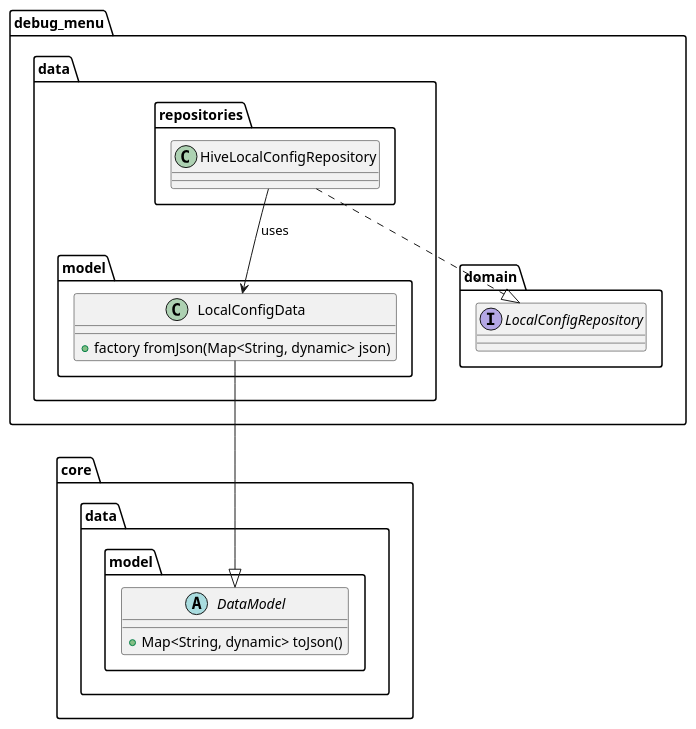
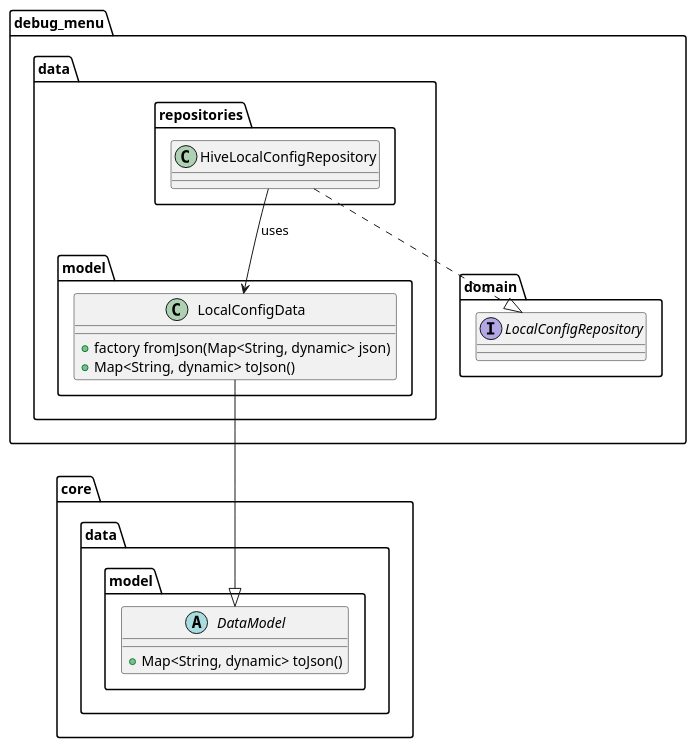
Before and after one commit to Flank/flank-dashboard: the diagram in metrics/web/docs/features/debug_menu/diagrams/debug_menu_data_layer_class_diagram.puml, drawn with PlantUML. The commit also changed 1 other file, not shown here.

```diff
--- a/metrics/web/docs/features/debug_menu/diagrams/debug_menu_data_layer_class_diagram.puml
+++ b/metrics/web/docs/features/debug_menu/diagrams/debug_menu_data_layer_class_diagram.puml
@@ -1,32 +1,33 @@
 @startuml debug_menu_data_layer_class_diagram
 
 package debug_menu {
         package data {
             package repositories {
                 class HiveLocalConfigRepository {}
             }
 
             package model {
                 class LocalConfigData {
                     + factory fromJson(Map<String, dynamic> json)
+                    + Map<String, dynamic> toJson()
                 }
             }
         }
 
         package domain {
             interface LocalConfigRepository {}
         }
 }
 
 package core.data.model {
     abstract class DataModel {
         + Map<String, dynamic> toJson()
     }
 }
 
 HiveLocalConfigRepository --> LocalConfigData : uses
 HiveLocalConfigRepository ..|> LocalConfigRepository
 
 LocalConfigData --|> DataModel
 
 @enduml
```
